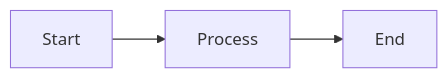
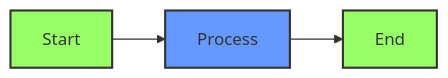
The first of 13 diagrams in example.md (dawsh2/zed-mermaid-preview), drawn with Mermaid before and after one commit. The commit also changed other lines of this file, not shown here.

Commit message:
Add colors to example diagrams for better visual appeal

````diff
--- a/example.md
+++ b/example.md
@@ -7,5 +7,8 @@
 ```mermaid
 flowchart LR
-    A[Start] --> B[Process]
-    B --> C[End]
+    A[Start]:::green --> B[Process]:::blue
+    B --> C[End]:::green
+
+    classDef green fill:#9f6,stroke:#333,stroke-width:2px
+    classDef blue fill:#69f,stroke:#333,stroke-width:2px
 ```
````
